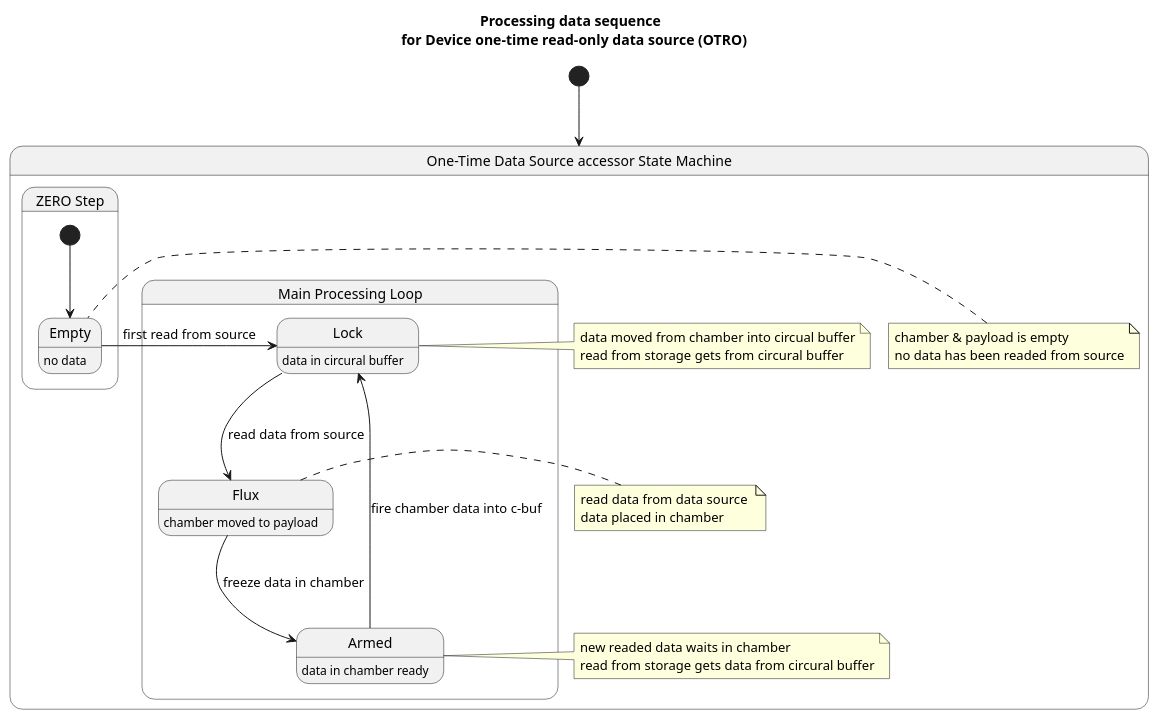
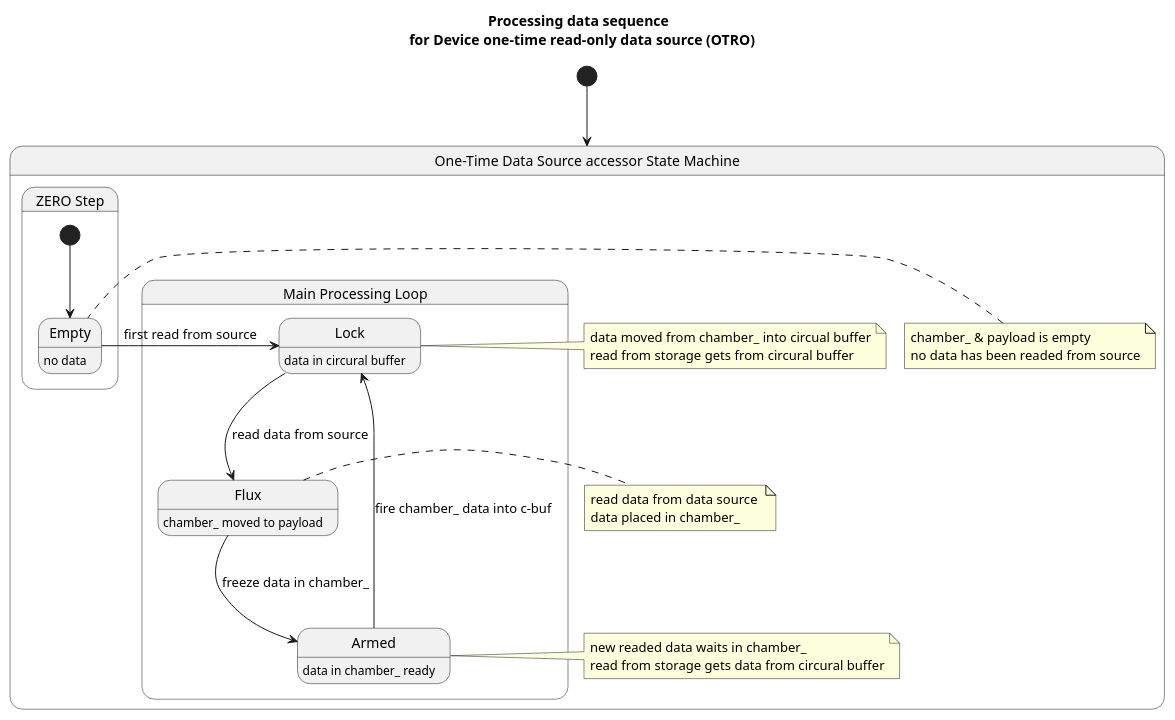
One commit to michalwidera/retractordb changed the diagram in src/retractor/UML/storage-access-state.puml. Above: the diagram before and after it, drawn with PlantUML. The commit also changed 16 other files, not shown here.

```diff
--- a/src/retractor/UML/storage-access-state.puml
+++ b/src/retractor/UML/storage-access-state.puml
@@ -1,46 +1,46 @@
 @startuml
 
 title Processing data sequence \n for Device one-time read-only data source (OTRO)
 [*] --> Storage
 
 state Storage as "One-Time Data Source accessor State Machine" {
 
   state ZeroStep as "ZERO Step" {
     [*] --> Empty
     state Empty : no data
   }
 
   state MainLoop as "Main Processing Loop" {
-    state Armed : data in chamber ready
-    state Flux : chamber moved to payload
+    state Armed : data in chamber_ ready
+    state Flux : chamber_ moved to payload
     state Lock : data in circural buffer 
-    Flux ---> Armed : freeze data in chamber
-    Armed ---> Lock : fire chamber data into c-buf
+    Flux ---> Armed : freeze data in chamber_
+    Armed ---> Lock : fire chamber_ data into c-buf
     Lock ---> Flux : read data from source
   }
 
   Empty -> Lock : first read from source
 
   note right of Flux
   read data from data source 
-  data placed in chamber
+  data placed in chamber_
   end note
   
   note right of Armed
-  new readed data waits in chamber
+  new readed data waits in chamber_
   read from storage gets data from circural buffer
   end note
   
   note right of Lock
-  data moved from chamber into circual buffer
+  data moved from chamber_ into circual buffer
   read from storage gets from circural buffer
   end note
 
   note left of Empty
-  chamber & payload is empty 
+  chamber_ & payload is empty 
   no data has been readed from source
   end note
 
   }
 
 @enduml
```
